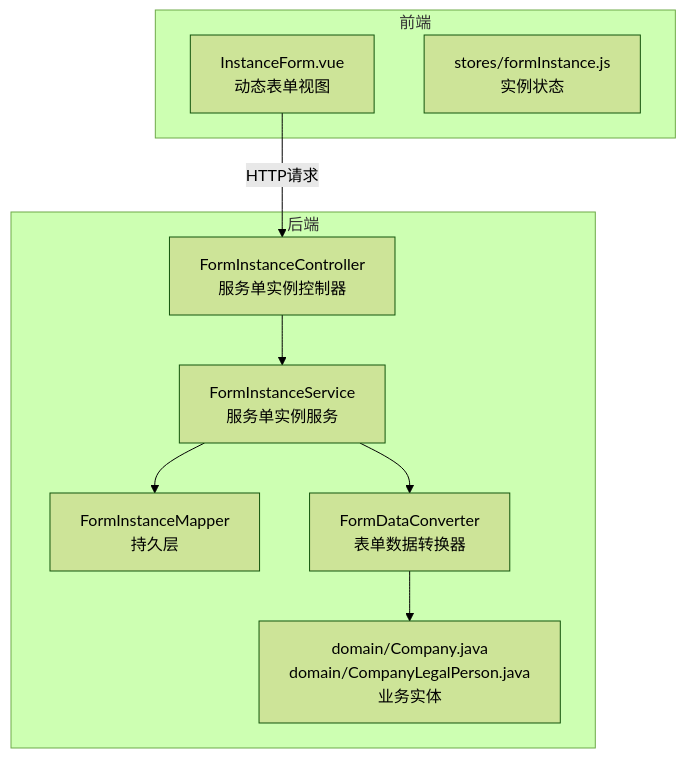
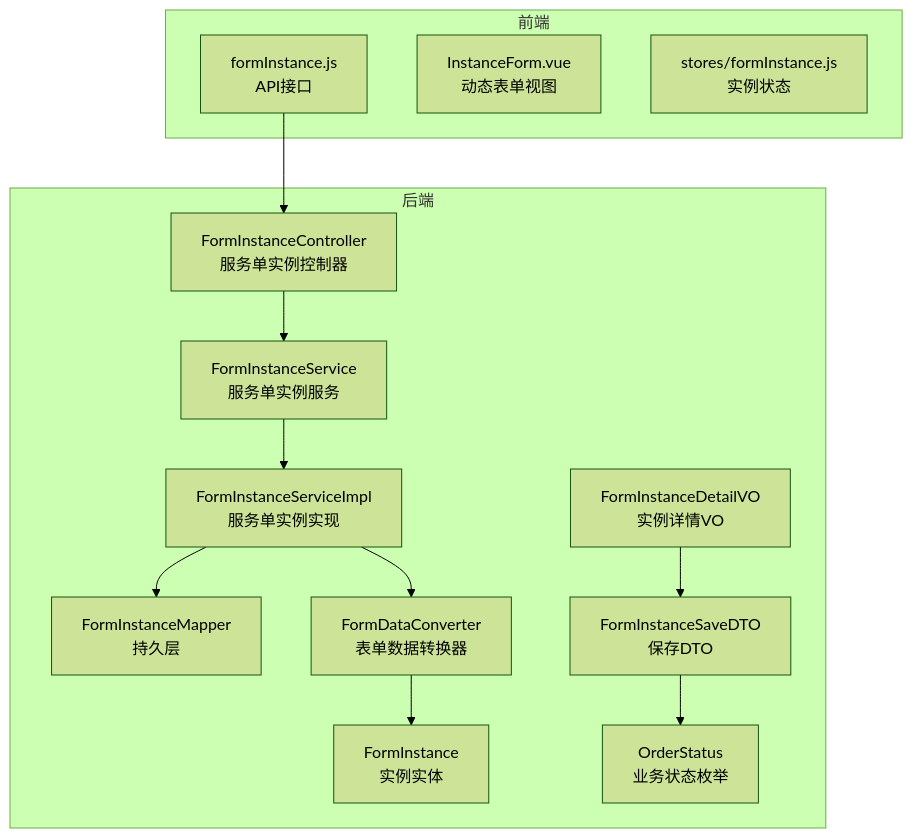
One commit to NJMrLi/genetics changed the first of 6 diagrams in .qoder/repowiki/zh/content/API接口文档/服务单实例API.md. Above: the diagram before and after it, drawn with Mermaid (forest theme). The commit also changed other lines of this file and 152 other files, not shown here.

````diff
--- a/.qoder/repowiki/zh/content/API接口文档/服务单实例API.md
+++ b/.qoder/repowiki/zh/content/API接口文档/服务单实例API.md
@@ -26,19 +46,27 @@
 ```mermaid
 graph TB
 subgraph "后端"
 Ctlr["FormInstanceController<br/>服务单实例控制器"]
 Svc["FormInstanceService<br/>服务单实例服务"]
+Impl["FormInstanceServiceImpl<br/>服务单实例实现"]
 Mapper["FormInstanceMapper<br/>持久层"]
 Conv["FormDataConverter<br/>表单数据转换器"]
-Entity["domain/Company.java<br/>domain/CompanyLegalPerson.java<br/>业务实体"]
+Entity["FormInstance<br/>实例实体"]
+VO["FormInstanceDetailVO<br/>实例详情VO"]
+DTO["FormInstanceSaveDTO<br/>保存DTO"]
+Enum["OrderStatus<br/>业务状态枚举"]
 end
 subgraph "前端"
+API["formInstance.js<br/>API接口"]
 View["InstanceForm.vue<br/>动态表单视图"]
 Store["stores/formInstance.js<br/>实例状态"]
 end
-View --> |HTTP请求| Ctlr
+API --> Ctlr
 Ctlr --> Svc
-Svc --> Mapper
-Svc --> Conv
+Svc --> Impl
+Impl --> Mapper
+Impl --> Conv
 Conv --> Entity
+VO --> DTO
+DTO --> Enum
 ```
````
